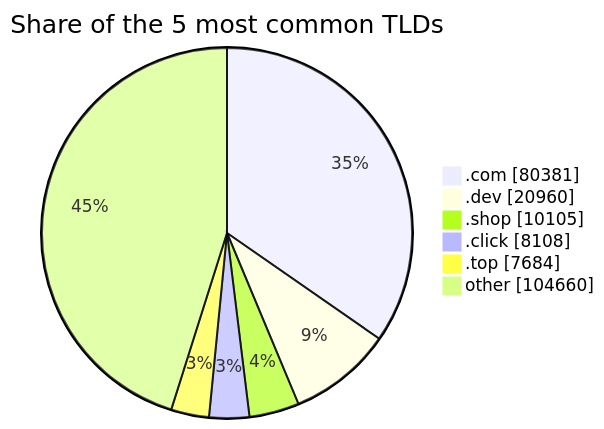
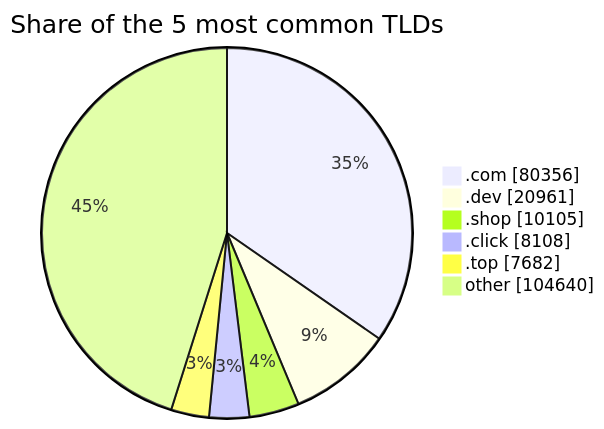
The third of 3 diagrams in README.md (DNSBunker/CTI), drawn with Mermaid before and after one commit. The commit also changed other lines of this file and 3 other files, not shown here.

````diff
--- a/README.md
+++ b/README.md
@@ -81,9 +81,9 @@
 ```mermaid
 pie showData title Share of the 5 most common TLDs
-    ".com" : 80381
-    ".dev" : 20960
+    ".com" : 80356
+    ".dev" : 20961
     ".shop" : 10105
     ".click" : 8108
-    ".top" : 7684
-    "other" : 104660
+    ".top" : 7682
+    "other" : 104640
 ```
````
